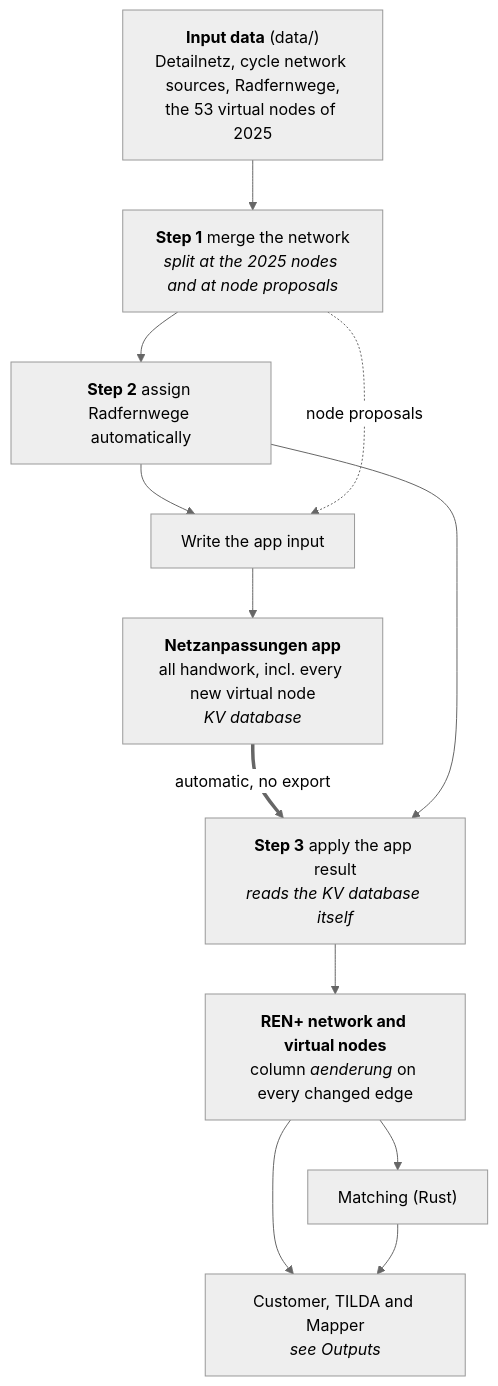
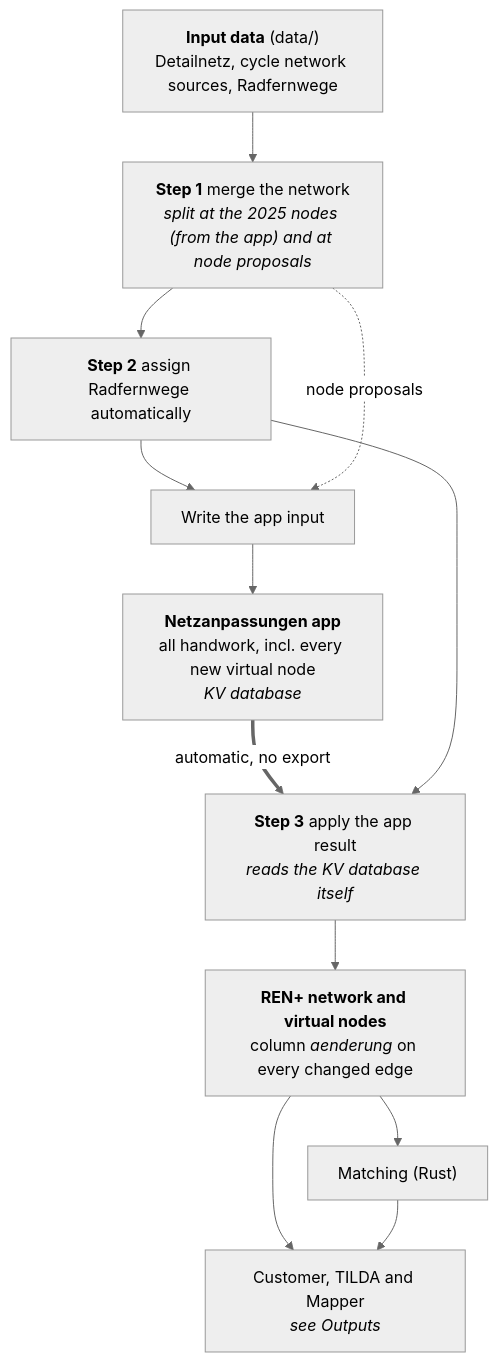
The first of 3 diagrams in docs/network-pipeline.md (FixMyBerlin/infravelo-radnetz), drawn with Mermaid (neutral theme) before and after one commit. The commit also changed other lines of this file and 14 other files, not shown here.

Commit message:
The 53 virtual nodes of 2025 are app entries: the pipeline reads them from the KV database, the file is an archive in one_time_import/2025

````diff
--- a/docs/network-pipeline.md
+++ b/docs/network-pipeline.md
@@ -16,18 +17,18 @@
 ```mermaid
 flowchart TD
-  IN["<b>Input data</b> (data/)<br/>Detailnetz, cycle network sources, Radfernwege,<br/>the 53 virtual nodes of 2025"]
-  S1["<b>Step 1</b> merge the network<br/><i>split at the 2025 nodes and at node proposals</i>"]
+  IN["<b>Input data</b> (data/)<br/>Detailnetz, cycle network sources, Radfernwege"]
+  S1["<b>Step 1</b> merge the network<br/><i>split at the 2025 nodes (from the app) and at node proposals</i>"]
   S2["<b>Step 2</b> assign Radfernwege automatically"]
   AE["Write the app input"]
   APP["<b>Netzanpassungen app</b><br/>all handwork, incl. every new virtual node<br/><i>KV database</i>"]
   S3["<b>Step 3</b> apply the app result<br/><i>reads the KV database itself</i>"]
   NET["<b>REN+ network and virtual nodes</b><br/>column <i>aenderung</i> on every changed edge"]
   OUT["Customer, TILDA and Mapper<br/><i>see Outputs</i>"]
   MM["Matching (Rust)"]
   IN --> S1 --> S2 --> AE --> APP
   S1 -. "node proposals" .-> AE
   APP == "automatic, no export" ==> S3
   S2 --> S3
   S3 --> NET --> OUT
   NET --> MM --> OUT
 ```
````
